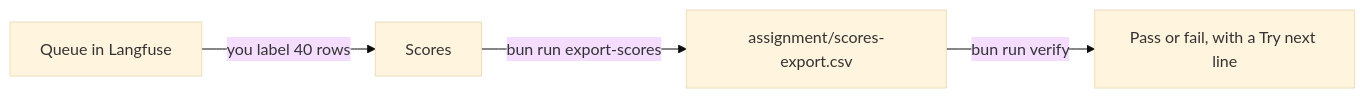
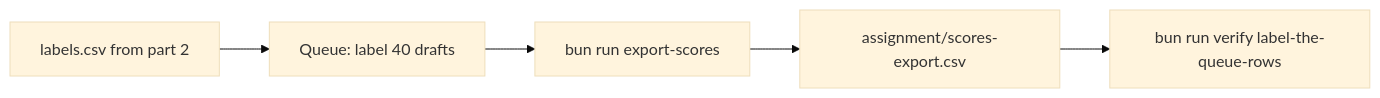
One commit to learnwithparam/ai-evals-for-pms changed the diagram in parts/05-review-answers-with-the-langfuse-queue/01-label-the-queue-rows/problem/README.md. Above: the diagram before and after it, drawn with Mermaid (base theme). The commit also changed other lines of this file and 155 other files, not shown here.

````diff
--- a/parts/05-review-answers-with-the-langfuse-queue/01-label-the-queue-rows/problem/README.md
+++ b/parts/05-review-answers-with-the-langfuse-queue/01-label-the-queue-rows/problem/README.md
@@ -9,6 +12,7 @@
 ```mermaid
 flowchart LR
-  Q[Queue in Langfuse] -->|you label 40 rows| S[Scores]
-  S -->|bun run export-scores| E[assignment/scores-export.csv]
-  E -->|bun run verify| R[Pass or fail, with a Try next line]
+  A[labels.csv from part 2] --> B[Queue: label 40 drafts]
+  B --> C[bun run export-scores]
+  C --> D[assignment/scores-export.csv]
+  D --> E[bun run verify label-the-queue-rows]
 ```
````
